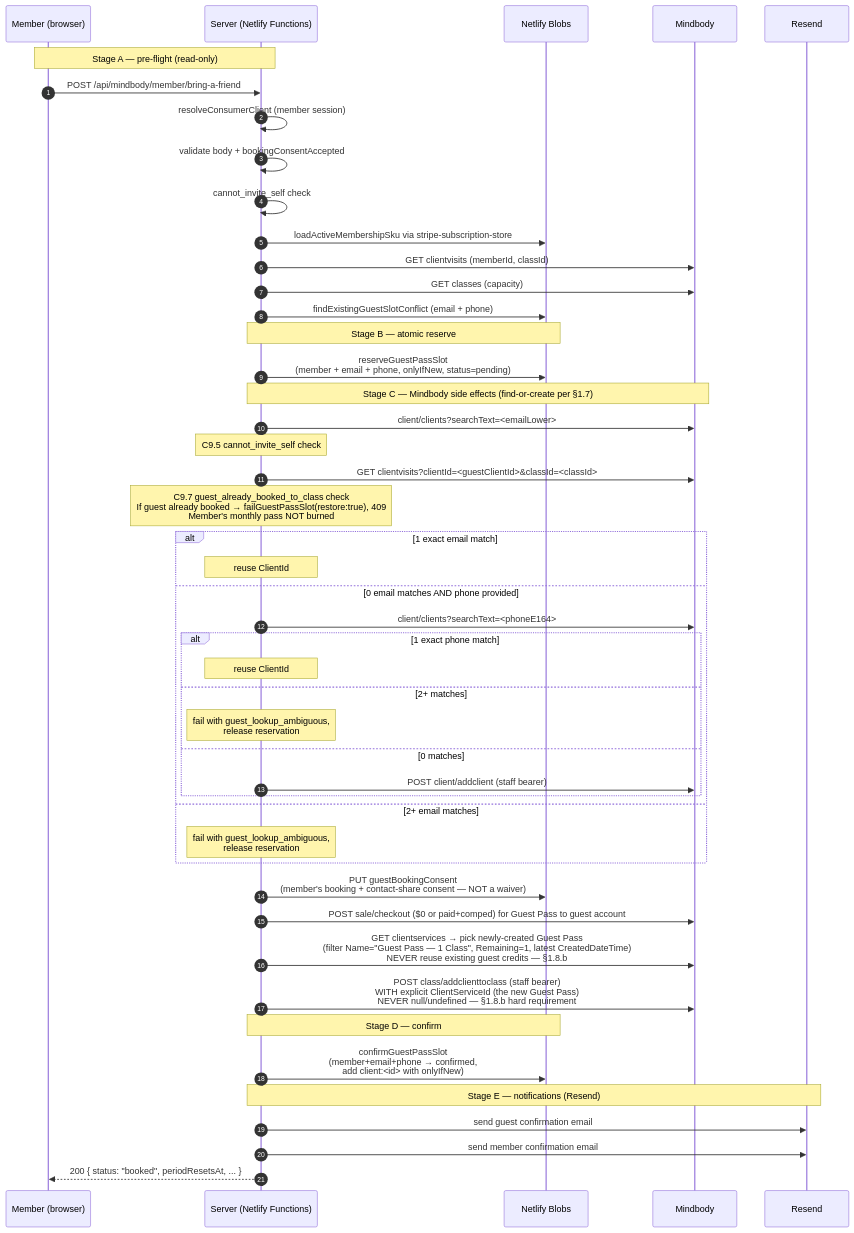
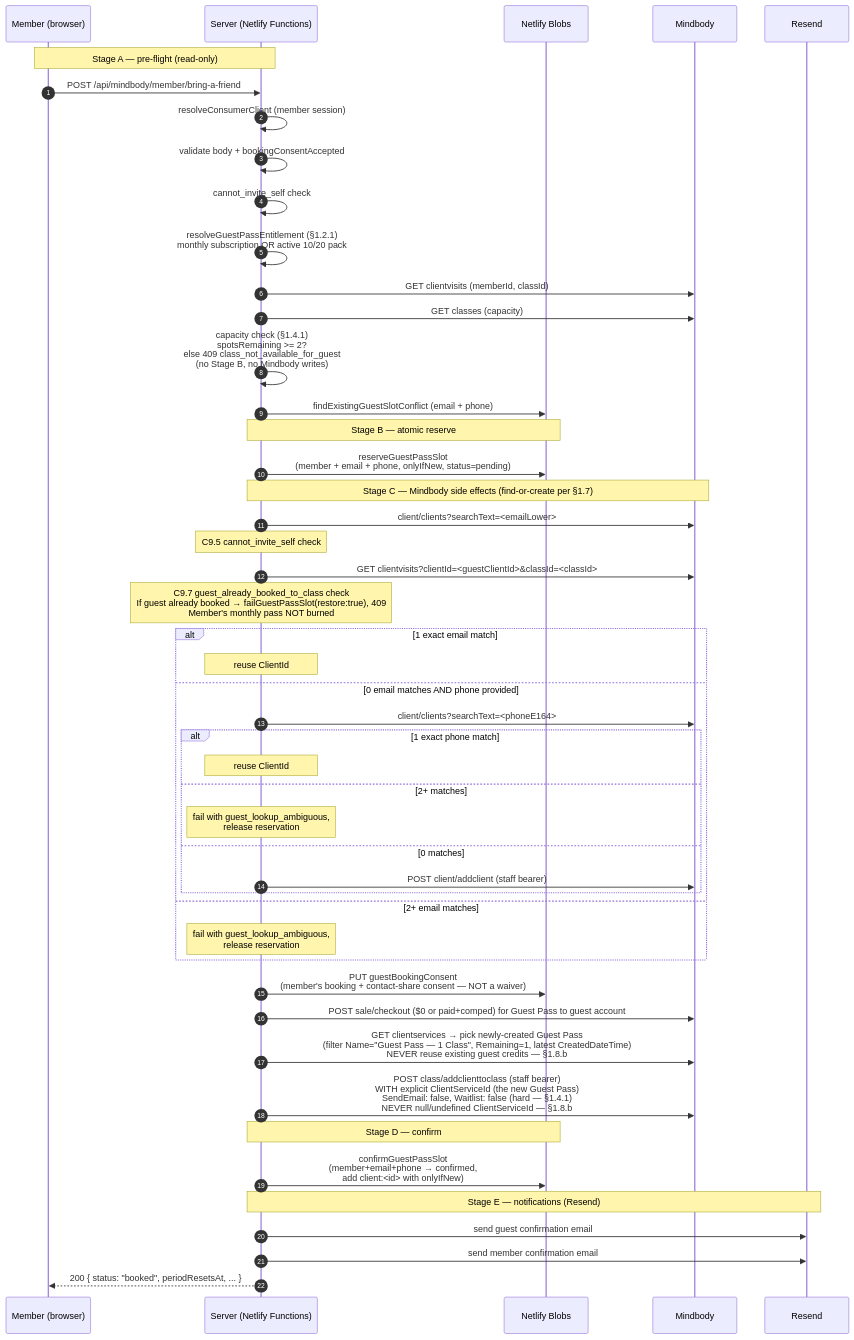
Before and after one commit to Amarewellness/amare-site: the third of 4 diagrams in docs/bring-a-friend-guest-pass-plan.md, drawn with Mermaid. The commit also changed other lines of this file and 63 other files, not shown here.

First line of the commit message:
Add Bring-a-Friend guest pass MVP and follow-up dashboard.

````diff
--- a/docs/bring-a-friend-guest-pass-plan.md
+++ b/docs/bring-a-friend-guest-pass-plan.md
@@ -454,54 +544,55 @@
 ```mermaid
 sequenceDiagram
     autonumber
     participant M as Member (browser)
     participant S as Server (Netlify Functions)
     participant KV as Netlify Blobs
     participant MB as Mindbody
     participant R as Resend
 
     Note over M,S: Stage A — pre-flight (read-only)
     M->>S: POST /api/mindbody/member/bring-a-friend
     S->>S: resolveConsumerClient (member session)
     S->>S: validate body + bookingConsentAccepted
     S->>S: cannot_invite_self check #1<br/>(normalizeEmail equality with session)
-    S->>KV: loadActiveMembershipSku via stripe-subscription-store
+    S->>S: resolveGuestPassEntitlement (§1.2.1)<br/>monthly subscription OR active 10/20 pack
     S->>MB: GET clientvisits (memberId, classId)
     S->>MB: GET classes (capacity)
+    S->>S: capacity check (§1.4.1)<br/>spotsRemaining >= 2?<br/>else 409 class_not_available_for_guest<br/>(no Stage B, no Mindbody writes)
     S->>KV: findExistingGuestSlotConflict (email + phone)
 
     Note over S,KV: Stage B — atomic reserve
     S->>KV: reserveGuestPassSlot<br/>(member + email + phone, onlyIfNew, status=pending)
 
     Note over S,MB: Stage C — Mindbody side effects (find-or-create per §1.7)
     S->>MB: client/clients?searchText=<emailLower>
     Note over S: C9.5 cannot_invite_self check #2 (definitive)<br/>guestClientId === memberClientId?<br/>→ failGuestPassSlot(restore:true), 400
     S->>MB: GET clientvisits?clientId=<guestClientId>&classId=<classId>
     Note over S: C9.7 guest_already_booked_to_class check<br/>If guest already booked → failGuestPassSlot(restore:true), 409<br/>Member's monthly pass NOT burned
     alt 1 exact email match
         Note over S: reuse ClientId
     else 0 email matches AND phone provided
         S->>MB: client/clients?searchText=<phoneE164>
         alt 1 exact phone match
             Note over S: reuse ClientId
         else 2+ matches
             Note over S: fail with guest_lookup_ambiguous,<br/>release reservation
         else 0 matches
             S->>MB: POST client/addclient (staff bearer)
         end
     else 2+ email matches
         Note over S: fail with guest_lookup_ambiguous,<br/>release reservation
     end
     S->>KV: PUT guestBookingConsent<br/>(member's booking + contact-share consent — NOT a waiver)
     S->>MB: POST sale/checkout ($0 or paid+comped) for Guest Pass to guest account
     S->>MB: GET clientservices → pick newly-created Guest Pass<br/>(filter Name="Guest Pass — 1 Class", Remaining=1, latest CreatedDateTime)<br/>NEVER reuse existing guest credits — §1.8.b
-    S->>MB: POST class/addclienttoclass (staff bearer)<br/>WITH explicit ClientServiceId (the new Guest Pass)<br/>NEVER null/undefined — §1.8.b hard requirement
+    S->>MB: POST class/addclienttoclass (staff bearer)<br/>WITH explicit ClientServiceId (the new Guest Pass)<br/>SendEmail: false, Waitlist: false (hard — §1.4.1)<br/>NEVER null/undefined ClientServiceId — §1.8.b
 
     Note over S,KV: Stage D — confirm
     S->>KV: confirmGuestPassSlot<br/>(member+email+phone → confirmed,<br/>add client:<id> with onlyIfNew)
 
     Note over S,R: Stage E — notifications (Resend)
     S->>R: send guest confirmation email
     S->>R: send member confirmation email
     S-->>M: 200 { status: "booked", periodResetsAt, ... }
 ```
````
